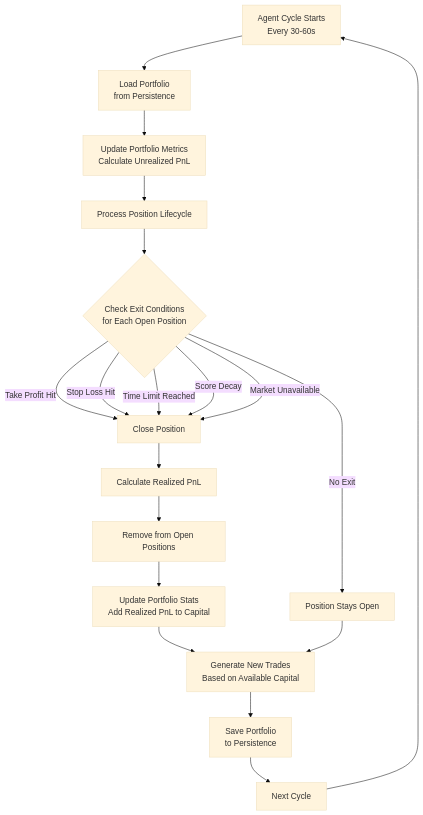
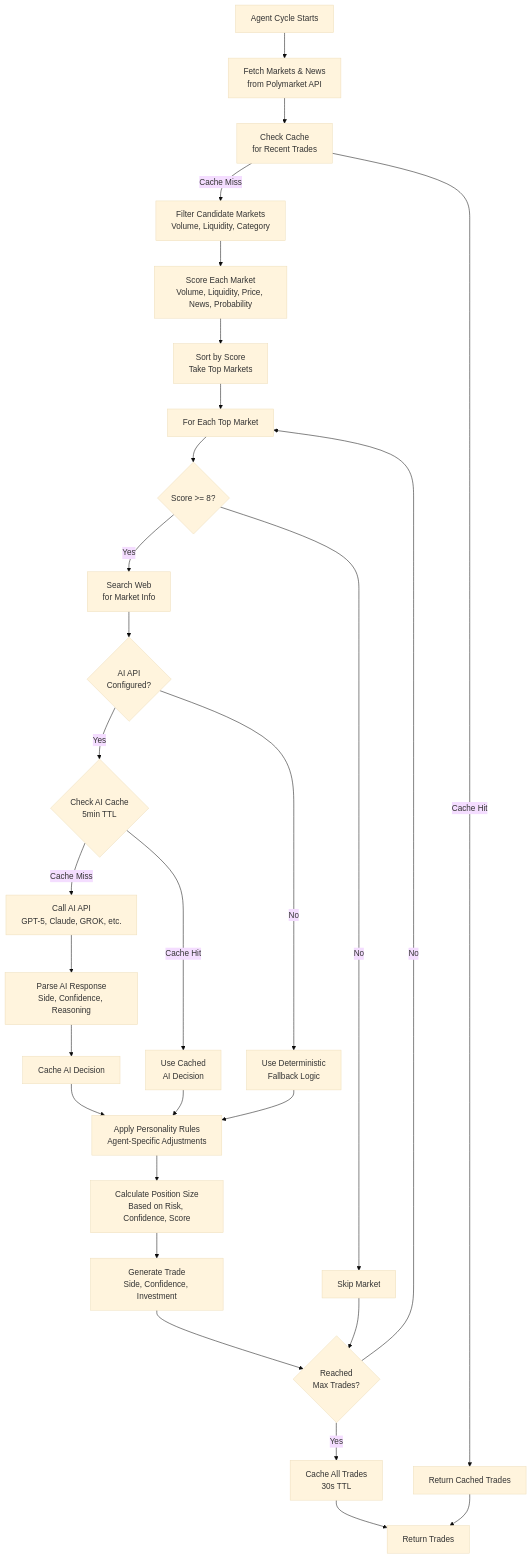
Before and after one commit to greaterdan/aura-predict: the diagram in README.md, drawn with Mermaid (base theme). The commit also changed other lines of this file, not shown here.

Commit message:
Update flowchart to show AI agent decision-making process instead of position lifecycle

````diff
--- a/README.md
+++ b/README.md
@@ -33,21 +33,31 @@
 ```mermaid
 flowchart TD
-    A[Agent Cycle Starts<br/>Every 30-60s] --> B[Load Portfolio<br/>from Persistence]
-    B --> C[Update Portfolio Metrics<br/>Calculate Unrealized PnL]
-    C --> D[Process Position Lifecycle]
-    D --> E{Check Exit Conditions<br/>for Each Open Position}
-    E -->|No Exit| F[Position Stays Open]
-    E -->|Take Profit Hit| G[Close Position]
-    E -->|Stop Loss Hit| G
-    E -->|Time Limit Reached| G
-    E -->|Score Decay| G
-    E -->|Market Unavailable| G
-    G --> H[Calculate Realized PnL]
-    H --> I[Remove from Open Positions]
-    I --> J[Update Portfolio Stats<br/>Add Realized PnL to Capital]
-    J --> K[Generate New Trades<br/>Based on Available Capital]
-    K --> L[Save Portfolio<br/>to Persistence]
-    L --> M[Next Cycle]
-    M --> A
-    F --> K
+    A[Agent Cycle Starts] --> B[Fetch Markets & News<br/>from Polymarket API]
+    B --> C[Check Cache<br/>for Recent Trades]
+    C -->|Cache Hit| D[Return Cached Trades]
+    C -->|Cache Miss| E[Filter Candidate Markets<br/>Volume, Liquidity, Category]
+    E --> F[Score Each Market<br/>Volume, Liquidity, Price, News, Probability]
+    F --> G[Sort by Score<br/>Take Top Markets]
+    G --> H[For Each Top Market]
+    H --> I{Score >= 8?}
+    I -->|No| J[Skip Market]
+    I -->|Yes| K[Search Web<br/>for Market Info]
+    K --> L{AI API<br/>Configured?}
+    L -->|No| M[Use Deterministic<br/>Fallback Logic]
+    L -->|Yes| N{Check AI Cache<br/>5min TTL}
+    N -->|Cache Hit| O[Use Cached<br/>AI Decision]
+    N -->|Cache Miss| P[Call AI API<br/>GPT-5, Claude, GROK, etc.]
+    P --> Q[Parse AI Response<br/>Side, Confidence, Reasoning]
+    Q --> R[Cache AI Decision]
+    R --> S[Apply Personality Rules<br/>Agent-Specific Adjustments]
+    O --> S
+    M --> S
+    S --> T[Calculate Position Size<br/>Based on Risk, Confidence, Score]
+    T --> U[Generate Trade<br/>Side, Confidence, Investment]
+    U --> V{Reached<br/>Max Trades?}
+    V -->|No| H
+    V -->|Yes| W[Cache All Trades<br/>30s TTL]
+    W --> X[Return Trades]
+    J --> V
+    D --> X
 ```
````
